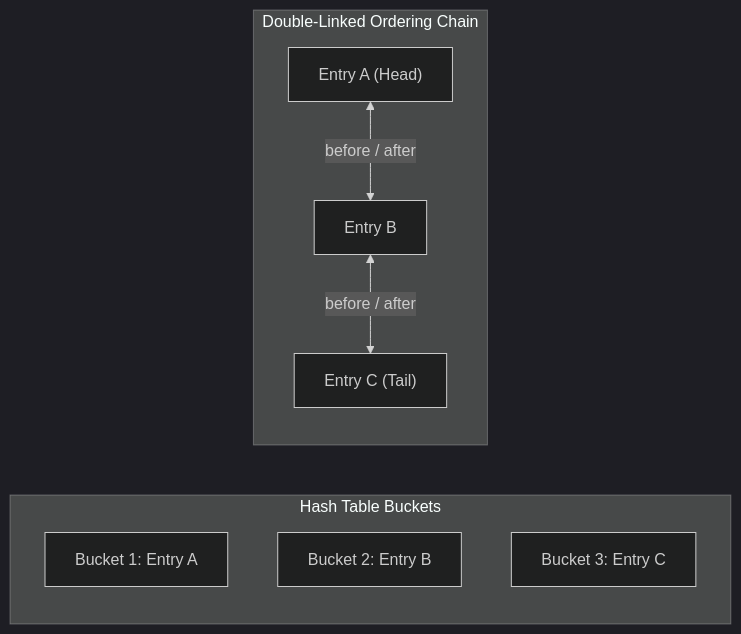
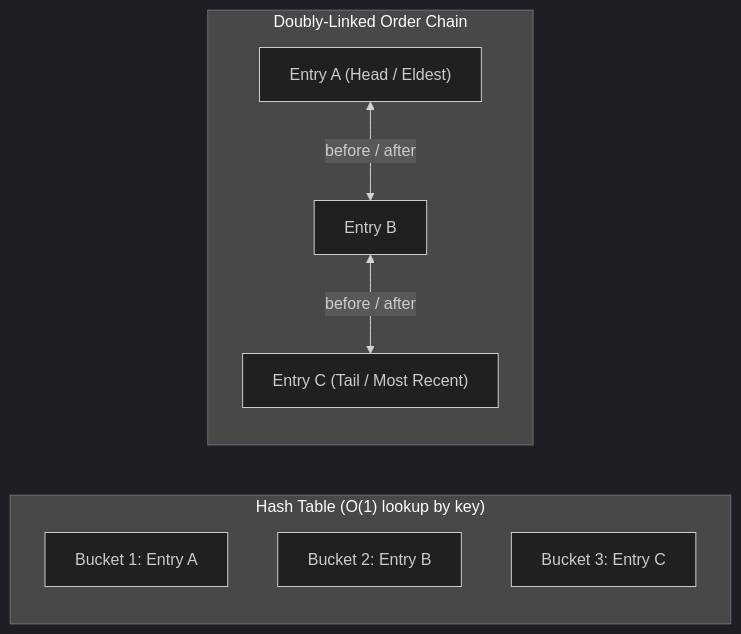
Before and after one commit to ravishankar2463/java_hub: the third of 3 diagrams in content/roadmap/level-3/the-collections-framework-maps.md, drawn with Mermaid (dark theme). The commit also changed other lines of this file and 119 other files, not shown here.

Commit message:
feat: add comprehensive java learning roadmap content across multiple levels

````diff
--- a/content/roadmap/level-3/the-collections-framework-maps.md
+++ b/content/roadmap/level-3/the-collections-framework-maps.md
@@ -191,13 +186,13 @@
 ```mermaid
 flowchart LR
-    subgraph HashStructure ["Hash Table Buckets"]
-        B1["Bucket 1: Entry A"]
-        B2["Bucket 2: Entry B"]
-        B3["Bucket 3: Entry C"]
+    subgraph Buckets["Hash Table (O(1) lookup by key)"]
+        b1["Bucket 1: Entry A"]
+        b2["Bucket 2: Entry B"]
+        b3["Bucket 3: Entry C"]
     end
 
-    subgraph OrderPointers ["Double-Linked Ordering Chain"]
-        EntryA["Entry A (Head)"] <-->|"before / after"| EntryB["Entry B"]
-        EntryB <-->|"before / after"| EntryC["Entry C (Tail)"]
+    subgraph OrderList["Doubly-Linked Order Chain"]
+        eA["Entry A (Head / Eldest)"] <-->|"before / after"| eB["Entry B"]
+        eB <-->|"before / after"| eC["Entry C (Tail / Most Recent)"]
     end
 ```
````
